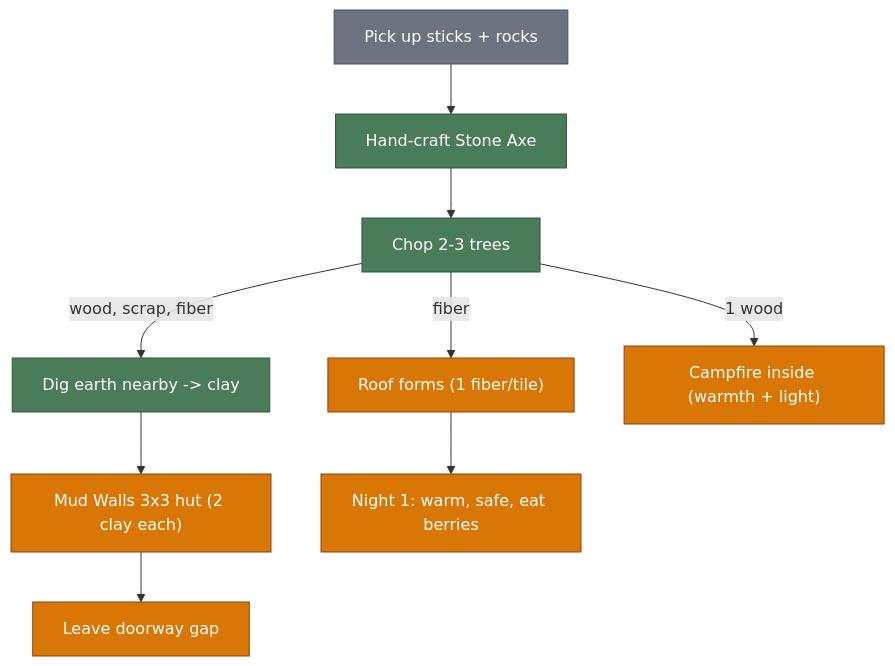
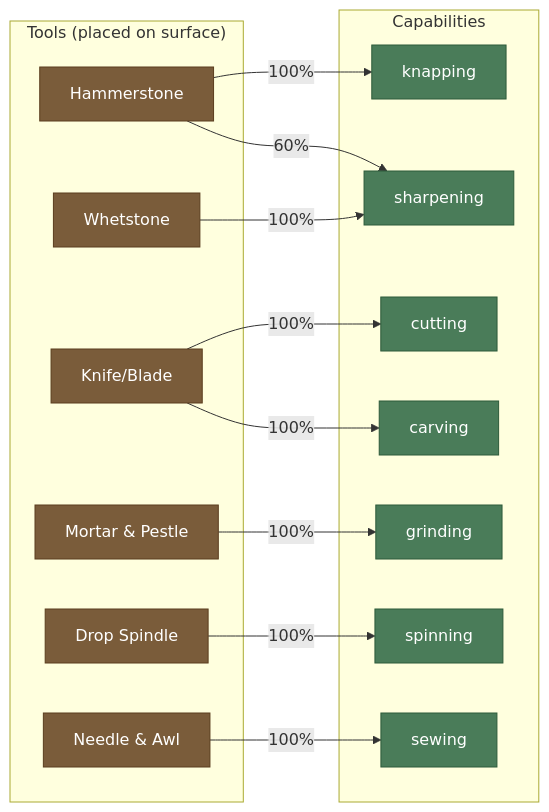
The fourth of 8 diagrams in docs/crafting-tree.md (spiffistan/spacewestern), drawn with Mermaid before and after one commit. The commit also changed other lines of this file and 12 other files, not shown here.

````diff
--- a/docs/crafting-tree.md
+++ b/docs/crafting-tree.md
@@ -61,18 +94,27 @@
 ```mermaid
-graph TD
-    A["Pick up sticks + rocks"] --> B["Hand-craft Stone Axe"]
-    B --> C["Chop 2-3 trees"]
-    C -->|"wood, scrap, fiber"| D["Dig earth nearby -> clay"]
-    D --> E["Mud Walls 3x3 hut (2 clay each)"]
-    C -->|"fiber"| F["Roof forms (1 fiber/tile)"]
-    C -->|"1 wood"| G["Campfire inside (warmth + light)"]
-    E --> H["Leave doorway gap"]
-    F --> N1["Night 1: warm, safe, eat berries"]
+graph LR
+    subgraph "Tools (placed on surface)"
+        HAMMER["Hammerstone"]
+        WHET["Whetstone"]
+        KNIFE["Knife/Blade"]
+        MORTAR["Mortar & Pestle"]
+        SPINDLE["Drop Spindle"]
+        NEEDLE["Needle & Awl"]
+    end
 
-    classDef phase0 fill:#6b7280,stroke:#4b5563,color:#fff
-    classDef phase1 fill:#4a7c59,stroke:#2d5a3a,color:#fff
-    classDef phase2 fill:#d97706,stroke:#92400e,color:#fff
-    class A phase0
-    class B,C,D phase1
-    class E,F,G,H,N1 phase2
+    subgraph "Capabilities"
+        HAMMER -->|"100%"| KNAP["knapping"]
+        HAMMER -->|"60%"| SHARP["sharpening"]
+        WHET -->|"100%"| SHARP
+        KNIFE -->|"100%"| CUT["cutting"]
+        KNIFE -->|"100%"| CARVE["carving"]
+        MORTAR -->|"100%"| GRIND["grinding"]
+        SPINDLE -->|"100%"| SPIN["spinning"]
+        NEEDLE -->|"100%"| SEW["sewing"]
+    end
+
+    classDef tool fill:#7a5c3a,stroke:#5a3d1e,color:#fff
+    classDef cap fill:#4a7c59,stroke:#2d5a3a,color:#fff
+    class HAMMER,WHET,KNIFE,MORTAR,SPINDLE,NEEDLE tool
+    class KNAP,SHARP,CUT,CARVE,GRIND,SPIN,SEW cap
 ```
````
